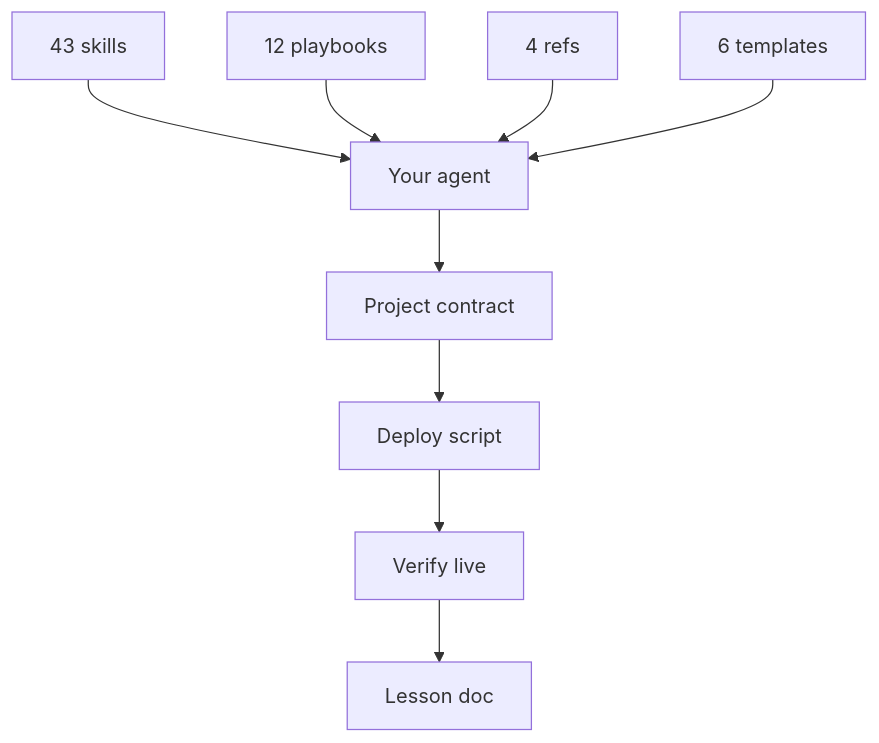
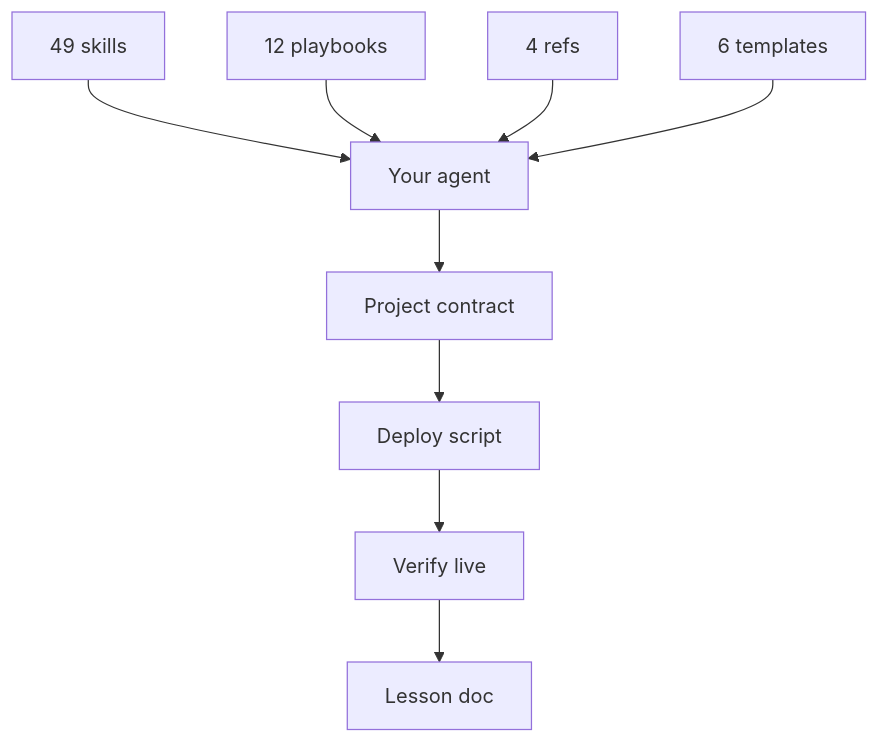
One commit to Nonarkara/dr-non-vibecoding-skills changed the diagram in README.md. Above: the diagram before and after it, drawn with Mermaid. The commit also changed other lines of this file and 9 other files, not shown here.

````diff
--- a/README.md
+++ b/README.md
@@ -223,11 +223,11 @@
 ```mermaid
 flowchart TB
-  S["43 skills"] --> A["Your agent"]
+  S["49 skills"] --> A["Your agent"]
   P["12 playbooks"] --> A
   R["4 refs"] --> A
   T["6 templates"] --> A
   A --> W["Project contract"]
   W --> D["Deploy script"]
   D --> V["Verify live"]
   V --> L["Lesson doc"]
 ```
````
